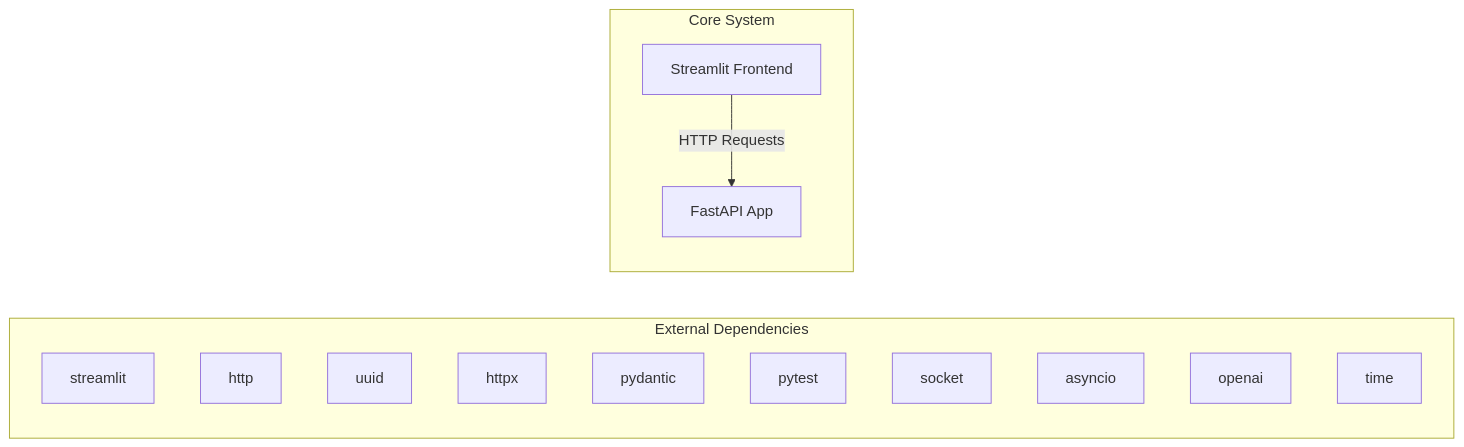
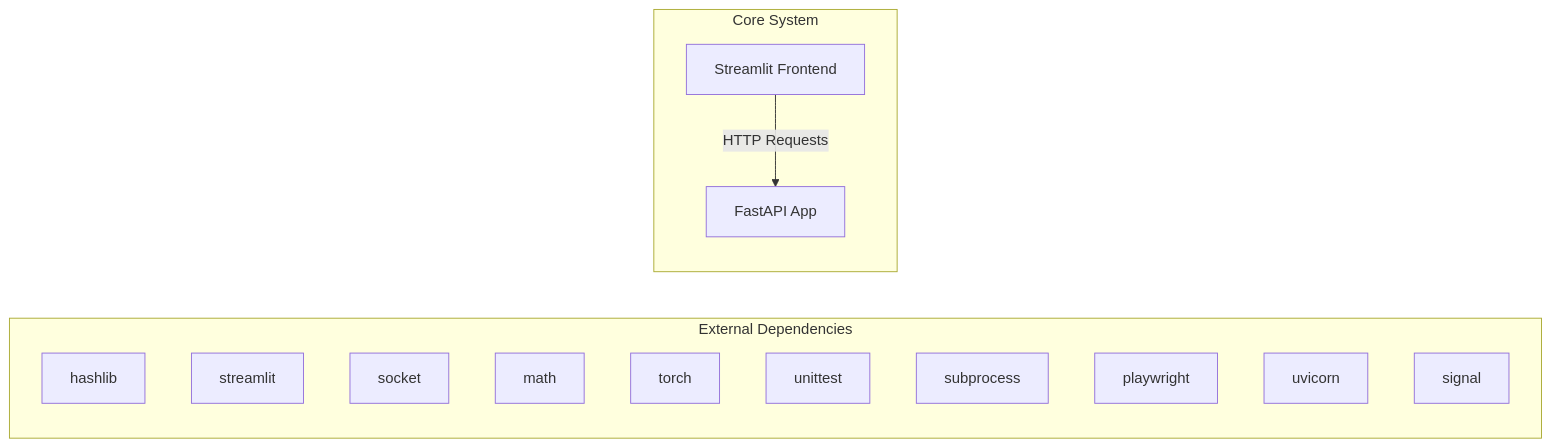
One commit to NITISH-R-G/rag-context-optimizer changed the first of 2 diagrams in docs/architecture.md. Above: the diagram before and after it, drawn with Mermaid. The commit also changed 1 other file, not shown here.

Commit message:
docs: auto-update repository knowledge, architecture diagrams, and documentation

````diff
--- a/docs/architecture.md
+++ b/docs/architecture.md
@@ -7,20 +7,20 @@
 ```mermaid
 graph LR
     subgraph External Dependencies
-        E0["streamlit"]
-        E1["http"]
-        E2["uuid"]
-        E3["httpx"]
-        E4["pydantic"]
-        E5["pytest"]
-        E6["socket"]
-        E7["asyncio"]
-        E8["openai"]
-        E9["time"]
+        E0["hashlib"]
+        E1["streamlit"]
+        E2["socket"]
+        E3["math"]
+        E4["torch"]
+        E5["unittest"]
+        E6["subprocess"]
+        E7["playwright"]
+        E8["uvicorn"]
+        E9["signal"]
     end
     subgraph Core System
         API["FastAPI App"]
         UI["Streamlit Frontend"]
     end
     UI -->|HTTP Requests| API
 ```
````
